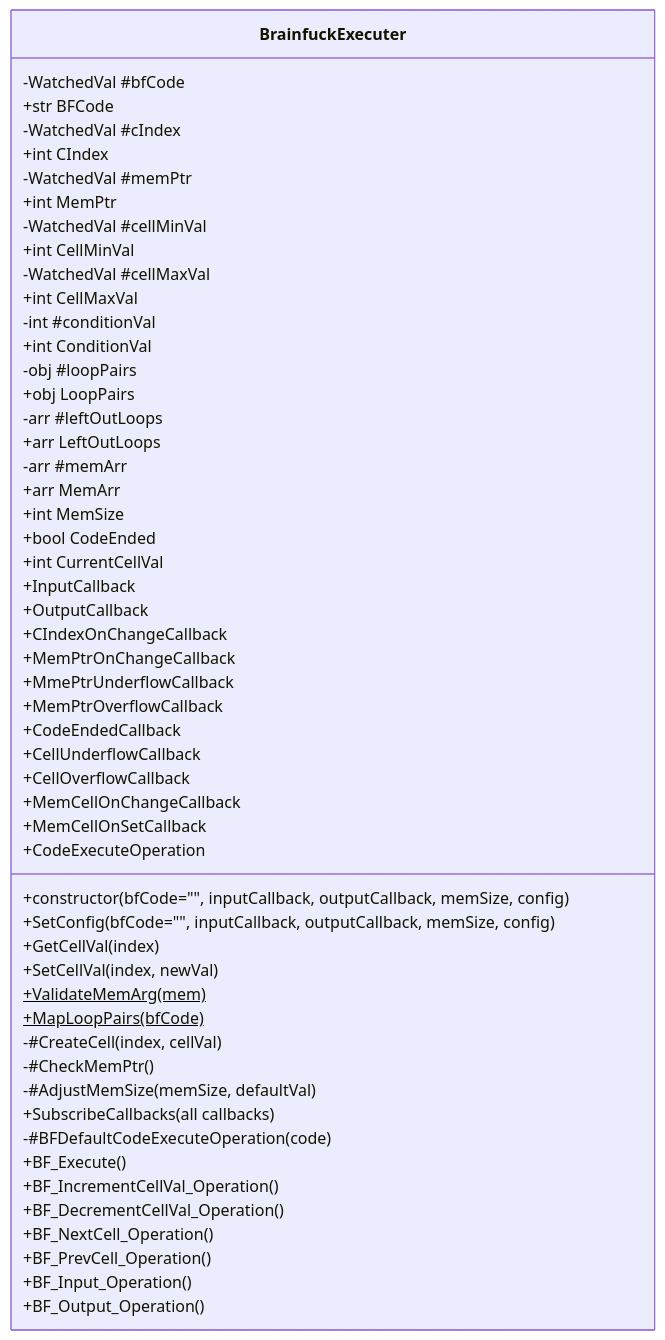
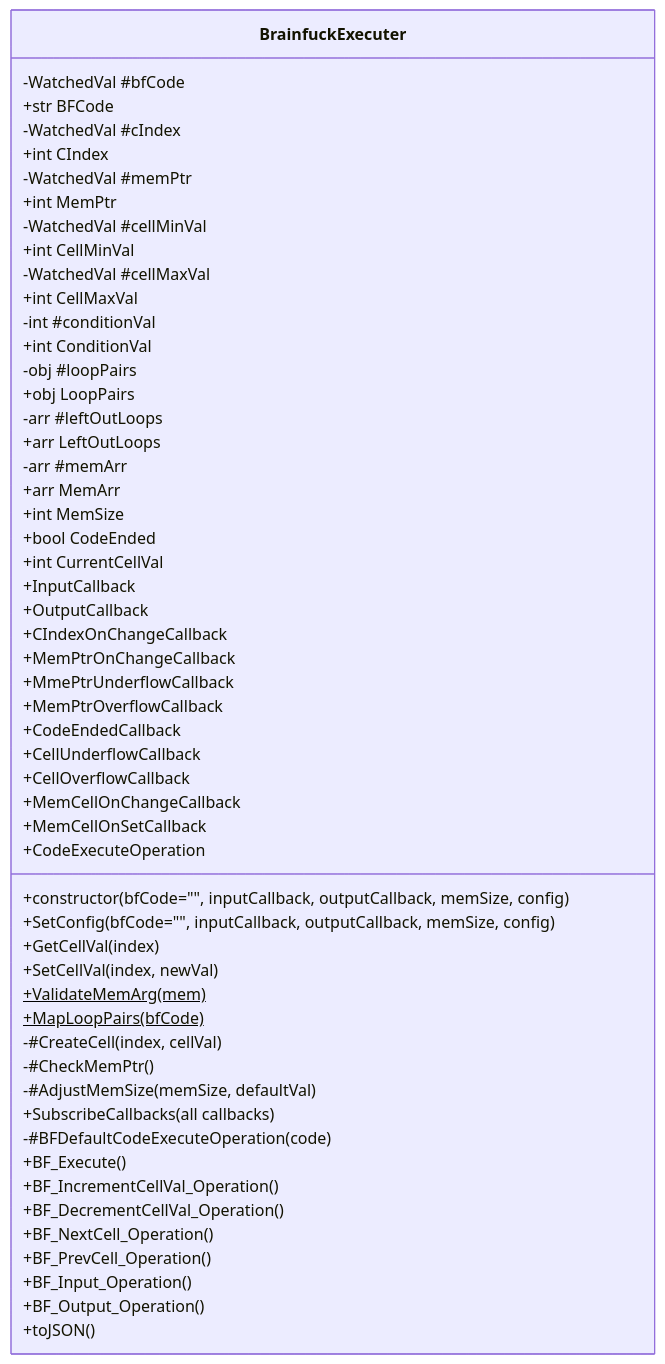
Before and after one commit to BCS21090011/BrainFucker: the first of 41 diagrams in Classes_Info/BrainfuckExecuter.md, drawn with Mermaid. The commit also changed other lines of this file and 1 other file, not shown here.

Commit message:
Added toJSON to BrainfuckExecuter.

````diff
--- a/Classes_Info/BrainfuckExecuter.md
+++ b/Classes_Info/BrainfuckExecuter.md
@@ -3,62 +3,63 @@
 ```mermaid
 classDiagram
 
 class BrainfuckExecuter {
     -WatchedVal #bfCode
     +str BFCode
     -WatchedVal #cIndex
     +int CIndex
     -WatchedVal #memPtr
     +int MemPtr
     -WatchedVal #cellMinVal
     +int CellMinVal
     -WatchedVal #cellMaxVal
     +int CellMaxVal
 
     -int #conditionVal
     +int ConditionVal
     -obj #loopPairs
     +obj LoopPairs
     -arr #leftOutLoops
     +arr LeftOutLoops
     -arr #memArr
     +arr MemArr
 
     +int MemSize
     +bool CodeEnded
     +int CurrentCellVal
 
     +InputCallback
     +OutputCallback
     +CIndexOnChangeCallback
     +MemPtrOnChangeCallback
     +MmePtrUnderflowCallback
     +MemPtrOverflowCallback
     +CodeEndedCallback
     +CellUnderflowCallback
     +CellOverflowCallback
     +MemCellOnChangeCallback
     +MemCellOnSetCallback
     +CodeExecuteOperation
 
     +constructor(bfCode="", inputCallback, outputCallback, memSize, config)
     +SetConfig(bfCode="", inputCallback, outputCallback, memSize, config)
     +GetCellVal(index)
     +SetCellVal(index, newVal)
     +ValidateMemArg(mem)$
     +MapLoopPairs(bfCode)$
     -#CreateCell(index, cellVal)
     -#CheckMemPtr()
     -#AdjustMemSize(memSize, defaultVal)
     +SubscribeCallbacks(all callbacks)
 
     -#BFDefaultCodeExecuteOperation(code)
     +BF_Execute()
     +BF_IncrementCellVal_Operation()
     +BF_DecrementCellVal_Operation()
     +BF_NextCell_Operation()
     +BF_PrevCell_Operation()
     +BF_Input_Operation()
     +BF_Output_Operation()
+    +toJSON()
 }
 ```
````
